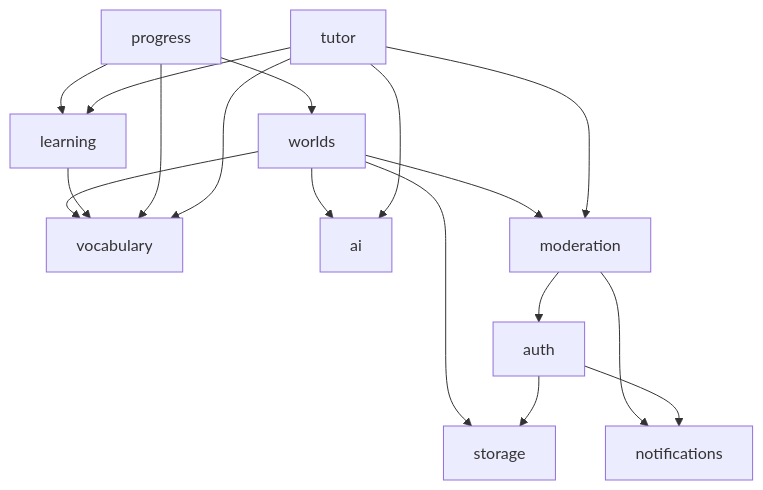
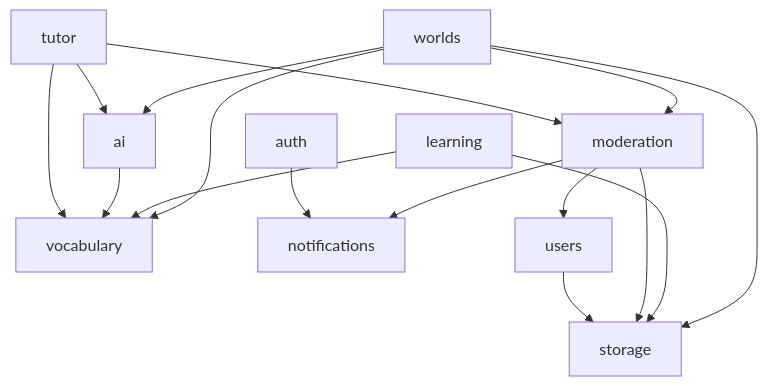
Before and after one commit to cha130y/languze-overview: the third of 4 diagrams in code/docs/architecture/overview.md, drawn with Mermaid. The commit also changed other lines of this file and 236 other files, not shown here.

````diff
--- a/code/docs/architecture/overview.md
+++ b/code/docs/architecture/overview.md
@@ -100,19 +103,18 @@
 ```mermaid
 flowchart TD
   worlds --> vocabulary
   worlds --> ai
   worlds --> storage
   worlds --> moderation
   learning --> vocabulary
-  progress --> learning
-  progress --> vocabulary
-  progress --> worlds
+  learning --> storage
+  ai --> vocabulary
   tutor --> ai
-  tutor --> learning
   tutor --> vocabulary
   tutor --> moderation
-  moderation --> auth
   moderation --> notifications
-  auth --> storage
+  moderation --> storage
+  moderation --> users
+  users --> storage
   auth --> notifications
 ```
````
